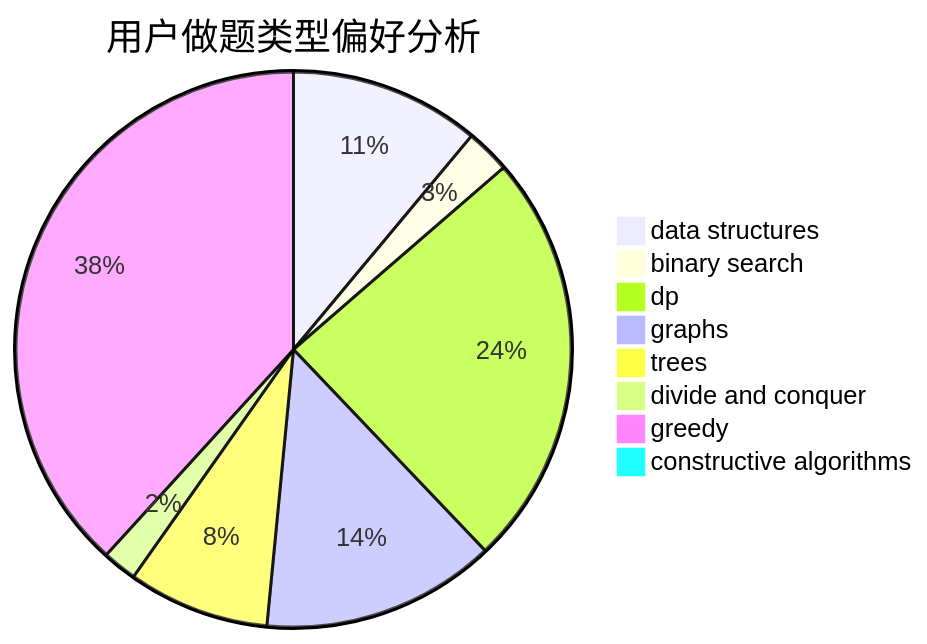
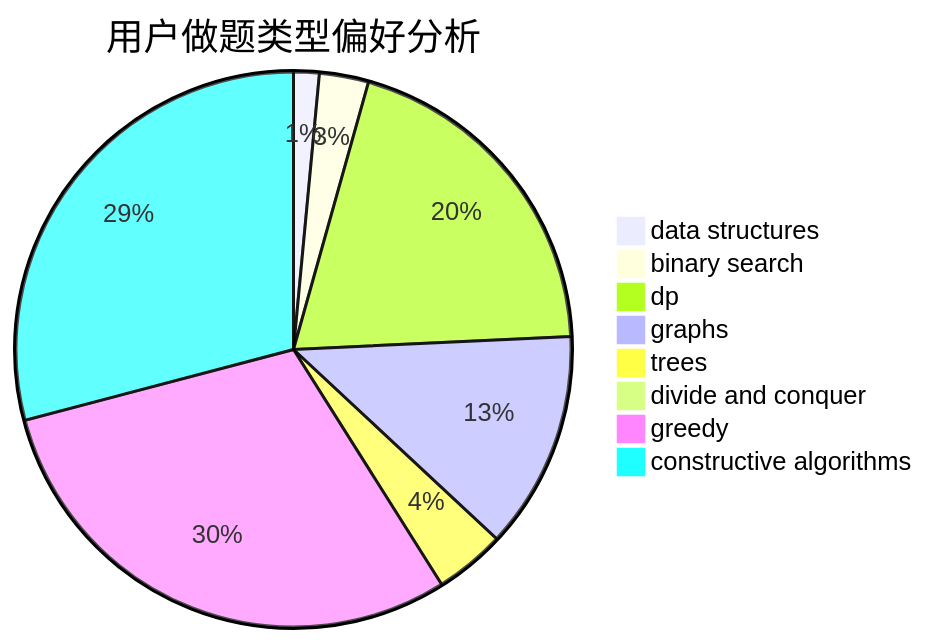
Before and after one commit to sherpahu/cfrs.github.io: the second of 3 diagrams in docs/user/u1709.md, drawn with Mermaid. The commit also changed other lines of this file and 2770 other files, not shown here.

````diff
--- a/docs/user/u1709.md
+++ b/docs/user/u1709.md
@@ -23,11 +23,11 @@
 ```mermaid
 pie title 用户做题类型偏好分析
-    "data structures" :  94
-    "binary search" :  22
-    "dp" :  206
-    "graphs" :  116
-    "trees" :  70
-    "divide and conquer" :  17
-    "greedy" :  325
-    "constructive algorithms" :  2
+    "data structures" :  12
+    "binary search" :  23
+    "dp" :  160
+    "graphs" :  102
+    "trees" :  33
+    "divide and conquer" :  0
+    "greedy" :  240
+    "constructive algorithms" :  234
 ```
````
